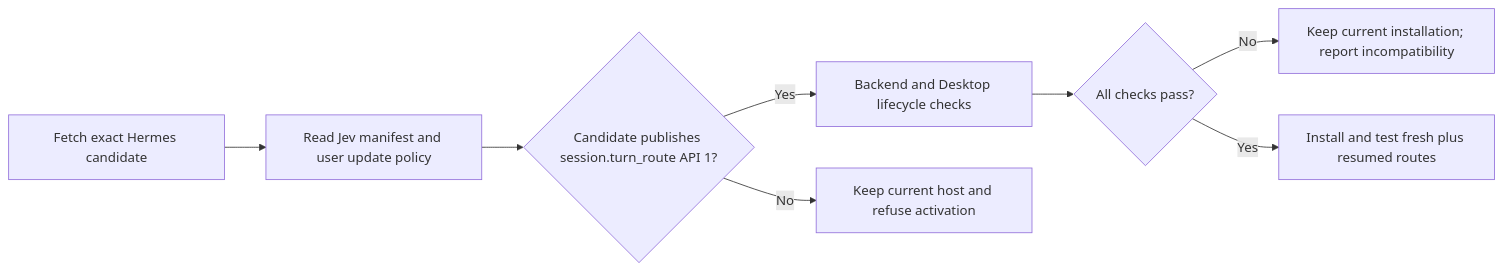
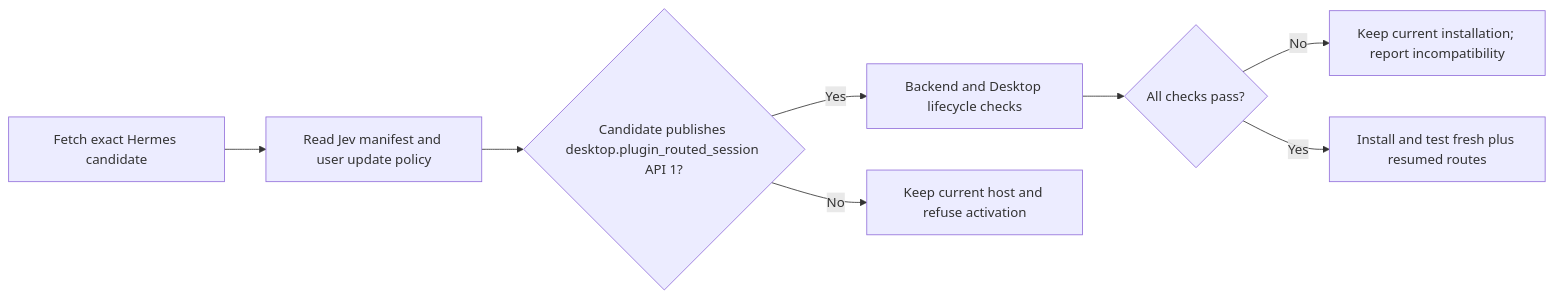
Before and after one commit to PraveenKumarSridhar/jevgauge: the diagram in docs/update-compatibility.md, drawn with Mermaid. The commit also changed other lines of this file and 24 other files, not shown here.

````diff
--- a/docs/update-compatibility.md
+++ b/docs/update-compatibility.md
@@ -9,10 +9,10 @@
 ```mermaid
 flowchart LR
     A[Fetch exact Hermes candidate] --> B[Read Jev manifest and user update policy]
-    B --> C{Candidate publishes session.turn_route API 1?}
+    B --> C{Candidate publishes desktop.plugin_routed_session API 1?}
     C -- Yes --> D[Backend and Desktop lifecycle checks]
     C -- No --> E[Keep current host and refuse activation]
     D --> F{All checks pass?}
     F -- No --> G[Keep current installation; report incompatibility]
     F -- Yes --> H[Install and test fresh plus resumed routes]
 ```
````
